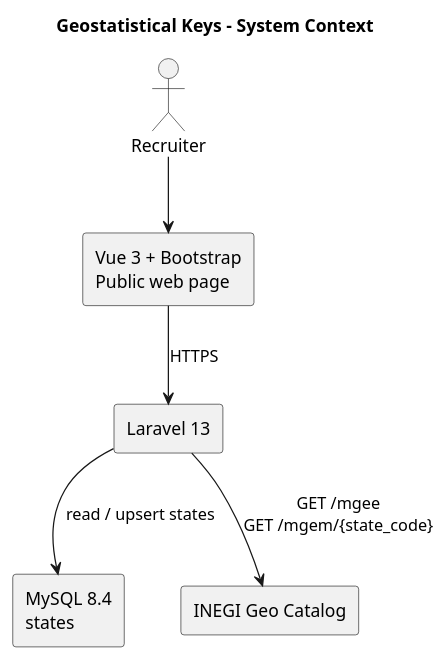
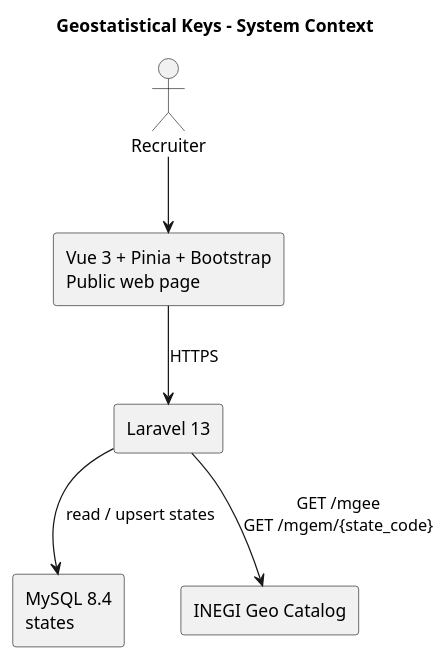
The first of 5 diagrams in docs/architecture.md (gdpe-franco/geostatistical-keys), drawn with PlantUML before and after one commit. The commit also changed other lines of this file and 6 other files, not shown here.

````diff
--- a/docs/architecture.md
+++ b/docs/architecture.md
@@ -5,15 +5,15 @@
 ```plantuml
 @startuml
 title Geostatistical Keys - System Context
 actor "Recruiter" as recruiter
-rectangle "Vue 3 + Bootstrap\nPublic web page" as ui
+rectangle "Vue 3 + Pinia + Bootstrap\nPublic web page" as ui
 rectangle "Laravel 13" as app
 rectangle "MySQL 8.4\nstates" as db
 rectangle "INEGI Geo Catalog" as inegi
 
 recruiter --> ui
 ui --> app : HTTPS
 app --> db : read / upsert states
 app --> inegi : GET /mgee\nGET /mgem/{state_code}
 @enduml
 ```
````
